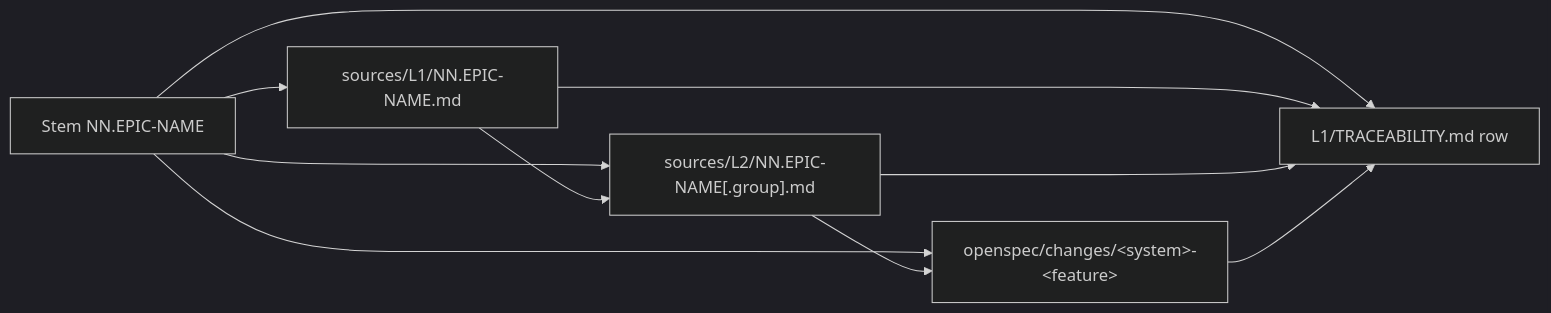
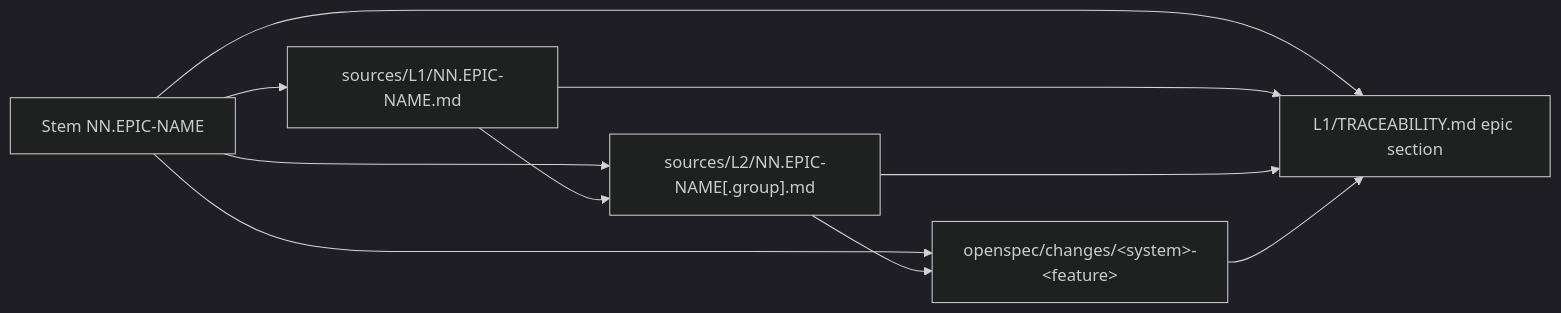
The fourth of 10 diagrams in .dsh/METHODOLOGY.md (AdamAntinoo/neocom-meta), drawn with Mermaid (dark theme) before and after one commit. The commit also changed other lines of this file and 90 other files, not shown here.

````diff
--- a/.dsh/METHODOLOGY.md
+++ b/.dsh/METHODOLOGY.md
@@ -201,11 +205,11 @@
 ```mermaid
 flowchart LR
   stem["Stem NN.EPIC-NAME"] --> L1["sources/L1/NN.EPIC-NAME.md"]
   stem --> L2["sources/L2/NN.EPIC-NAME[.group].md"]
   stem --> OS["openspec/changes/&lt;system&gt;-&lt;feature&gt;"]
-  stem --> TR["L1/TRACEABILITY.md row"]
+  stem --> TR["L1/TRACEABILITY.md epic section"]
   L1 --> L2 --> OS
   L1 --> TR
   L2 --> TR
   OS --> TR
 ```
````
